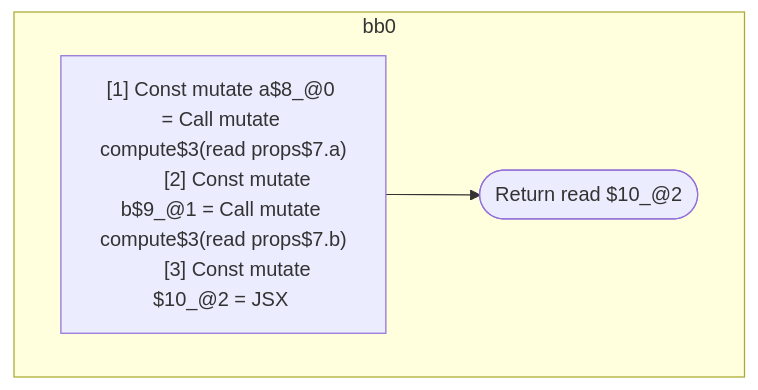
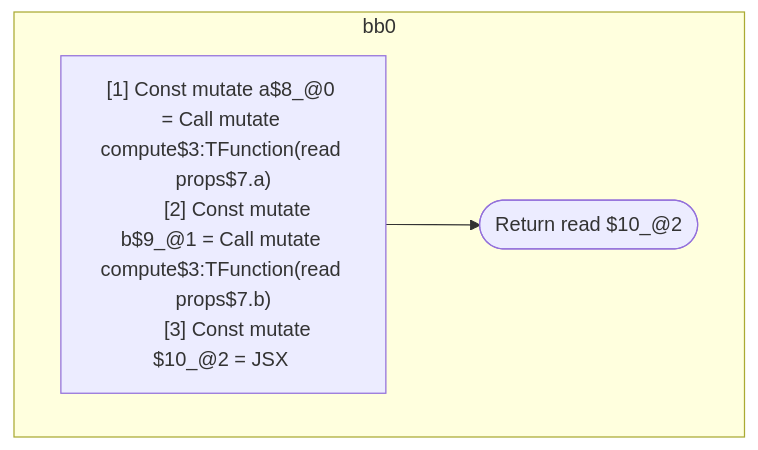
Before and after one commit to wutsmog/private: the first of 4 diagrams in compiler/forget/src/__tests__/fixtures/hir/independent.expect.md, drawn with Mermaid. The commit also changed other lines of this file and 112 other files, not shown here.

````diff
--- a/compiler/forget/src/__tests__/fixtures/hir/independent.expect.md
+++ b/compiler/forget/src/__tests__/fixtures/hir/independent.expect.md
@@ -66,15 +66,15 @@
 ```mermaid
 flowchart TB
   %% Basic Blocks
   subgraph bb0
     bb0_instrs["
-      [1] Const mutate a$8_@0 = Call mutate compute$3(read props$7.a)
-      [2] Const mutate b$9_@1 = Call mutate compute$3(read props$7.b)
+      [1] Const mutate a$8_@0 = Call mutate compute$3:TFunction(read props$7.a)
+      [2] Const mutate b$9_@1 = Call mutate compute$3:TFunction(read props$7.b)
       [3] Const mutate $10_@2 = JSX <read Foo$5 a={freeze a$8_@0} b={freeze b$9_@1} ></read Foo$5>
     "]
     bb0_instrs --> bb0_terminal(["Return read $10_@2"])
   end
 
   %% Jumps
   %% empty
 ```
````
